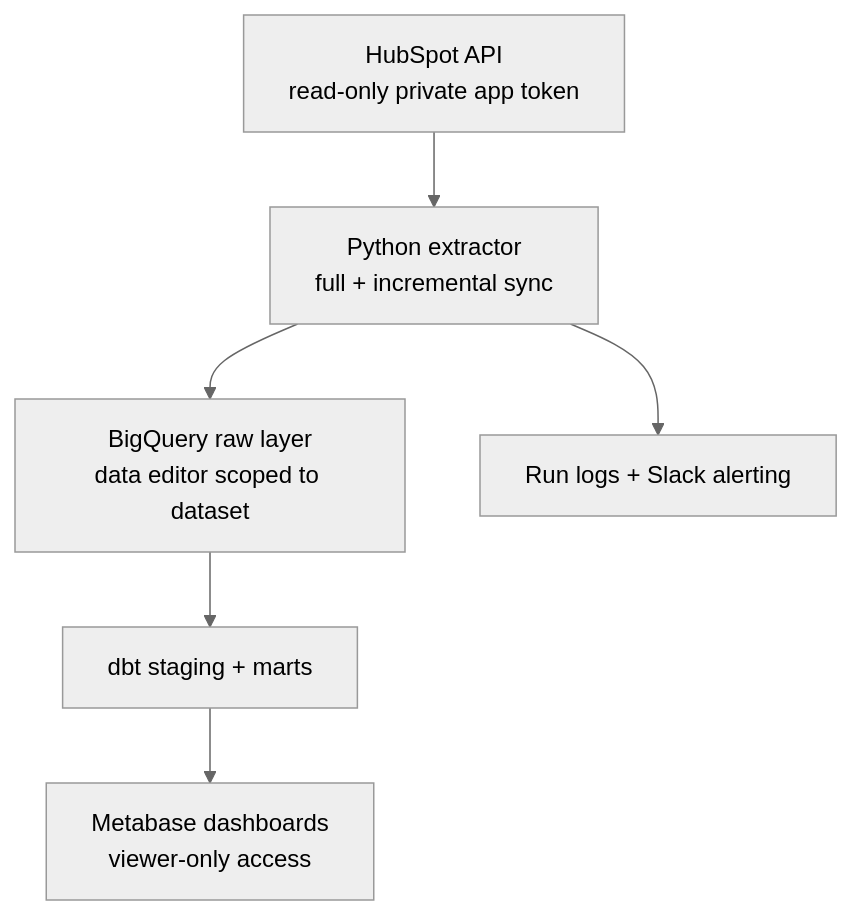
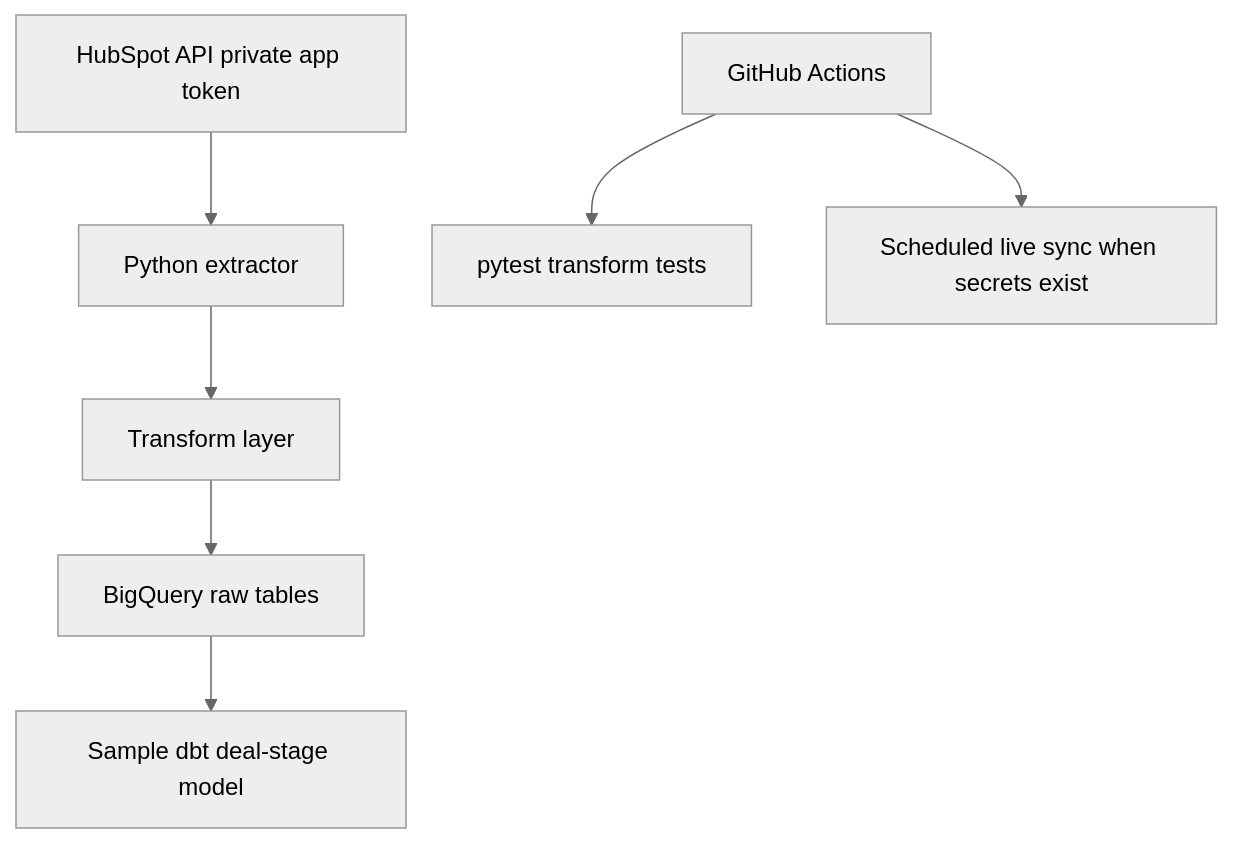
One commit to giselleevita/crm-pipeline changed the diagram in README.md. Above: the diagram before and after it, drawn with Mermaid (neutral theme). The commit also changed other lines of this file and 6 other files, not shown here.

````diff
--- a/README.md
+++ b/README.md
@@ -30,8 +28,9 @@
 ```mermaid
 flowchart TD
-    HubSpot[HubSpot API<br/>read-only private app token] --> Extractor[Python extractor<br/>full + incremental sync]
-    Extractor --> Raw[BigQuery raw layer<br/>data editor scoped to dataset]
-    Raw --> DBT[dbt staging + marts]
-    DBT --> BI[Metabase dashboards<br/>viewer-only access]
-    Extractor --> Logs[Run logs + Slack alerting]
+    HubSpot[HubSpot API private app token] --> Extractor[Python extractor]
+    Extractor --> Transform[Transform layer]
+    Transform --> Raw[BigQuery raw tables]
+    Raw --> DBT[Sample dbt deal-stage model]
+    CI[GitHub Actions] --> Tests[pytest transform tests]
+    CI --> Pipeline[Scheduled live sync when secrets exist]
 ```
````
